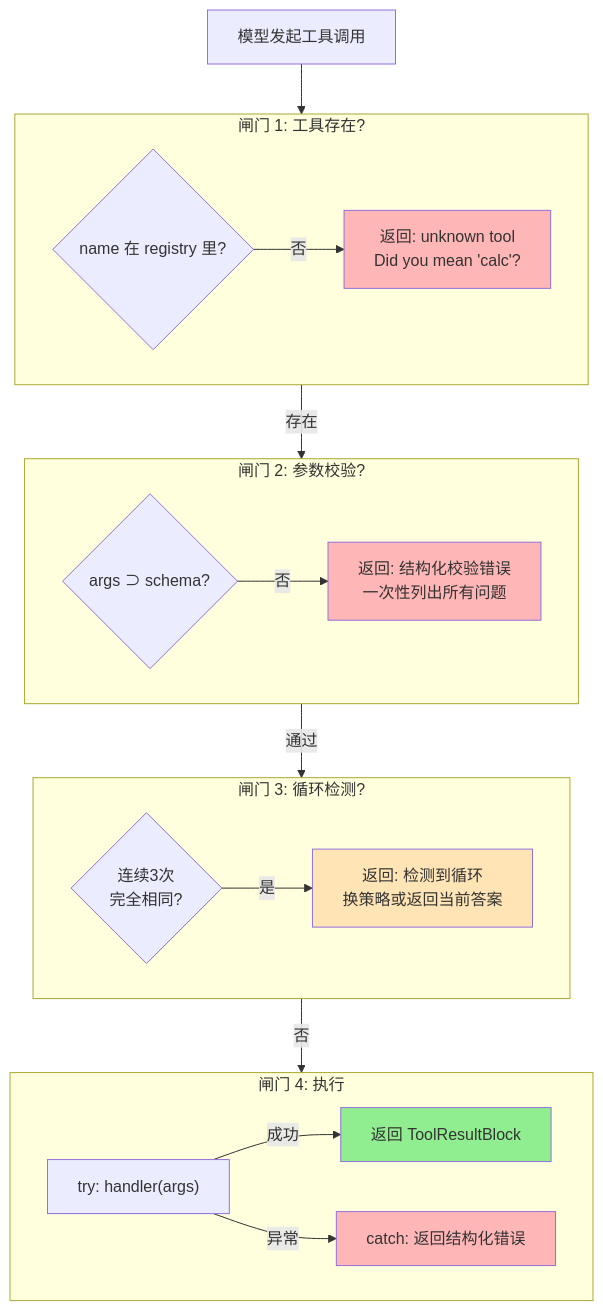
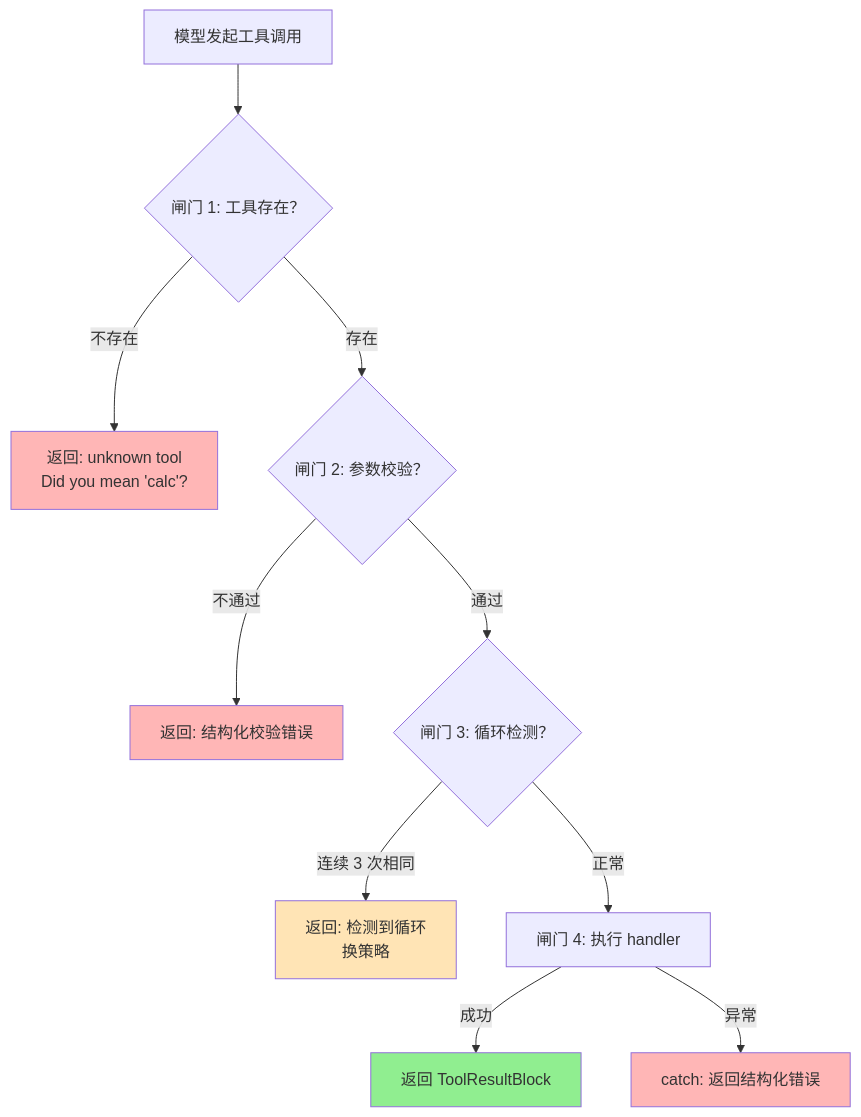
One commit to erichow/agent-harness changed the diagram in docs/ch06-safe-tool-execution.md. Above: the diagram before and after it, drawn with Mermaid. The commit also changed other lines of this file, not shown here.

Commit message:
ch06: align document structure, redraw flowchart

````diff
--- a/docs/ch06-safe-tool-execution.md
+++ b/docs/ch06-safe-tool-execution.md
@@ -10,41 +89,23 @@
 ```mermaid
-flowchart TB
-    Call["模型发起工具调用"] --> Gate1
+flowchart TD
+    Call["模型发起工具调用"]
     
-    subgraph Gate1["闸门 1: 工具存在?"]
-        direction LR
-        G1_Check{name 在 registry 里?}
-        G1_Check -->|否| G1_Suggest["返回: unknown tool<br/>Did you mean 'calc'?"]
-    end
+    Call --> G1{"闸门 1: 工具存在？"}
+    G1 -->|不存在| G1_Error["返回: unknown tool<br/>Did you mean 'calc'?"]
+    G1 -->|存在| G2{"闸门 2: 参数校验？"}
     
-    Gate1 -->|存在| Gate2
+    G2 -->|不通过| G2_Error["返回: 结构化校验错误"]
+    G2 -->|通过| G3{"闸门 3: 循环检测？"}
     
-    subgraph Gate2["闸门 2: 参数校验?"]
-        direction LR
-        G2_Check{args ⊃ schema?}
-        G2_Check -->|否| G2_Errors["返回: 结构化校验错误<br/>一次性列出所有问题"]
-    end
+    G3 -->|连续 3 次相同| G3_Loop["返回: 检测到循环<br/>换策略"]
+    G3 -->|正常| G4["闸门 4: 执行 handler"]
     
-    Gate2 -->|通过| Gate3
-    
-    subgraph Gate3["闸门 3: 循环检测?"]
-        direction LR
-        G3_Check{"连续3次<br/>完全相同?"}
-        G3_Check -->|是| G3_Loop["返回: 检测到循环<br/>换策略或返回当前答案"]
-    end
-    
-    Gate3 -->|否| Gate4
-    
-    subgraph Gate4["闸门 4: 执行"]
-        direction LR
-        G4_Try["try: handler(args)"]
-        G4_Try -->|成功| G4_OK["返回 ToolResultBlock"]
-        G4_Try -->|异常| G4_Error["catch: 返回结构化错误"]
-    end
+    G4 -->|成功| OK["返回 ToolResultBlock"]
+    G4 -->|异常| Error["catch: 返回结构化错误"]
 
-    style G1_Suggest fill:#FFB6B6
-    style G2_Errors fill:#FFB6B6
+    style G1_Error fill:#FFB6B6
+    style G2_Error fill:#FFB6B6
     style G3_Loop fill:#FFE4B5
-    style G4_OK fill:#90EE90
-    style G4_Error fill:#FFB6B6
+    style OK fill:#90EE90
+    style Error fill:#FFB6B6
 ```
````
